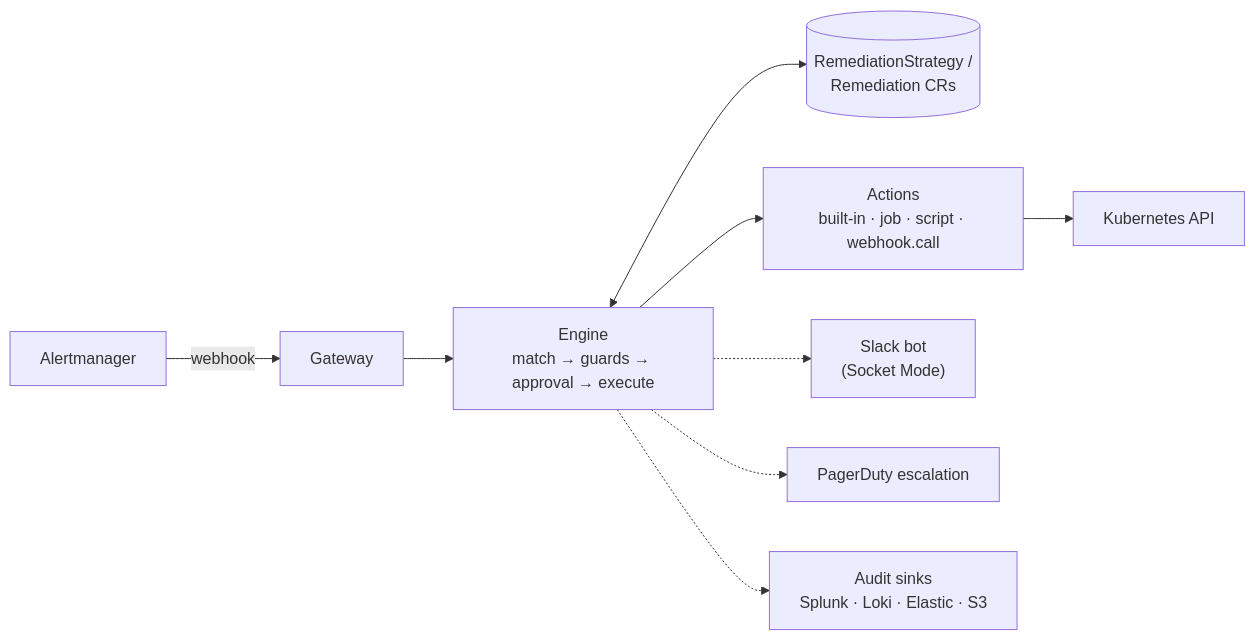
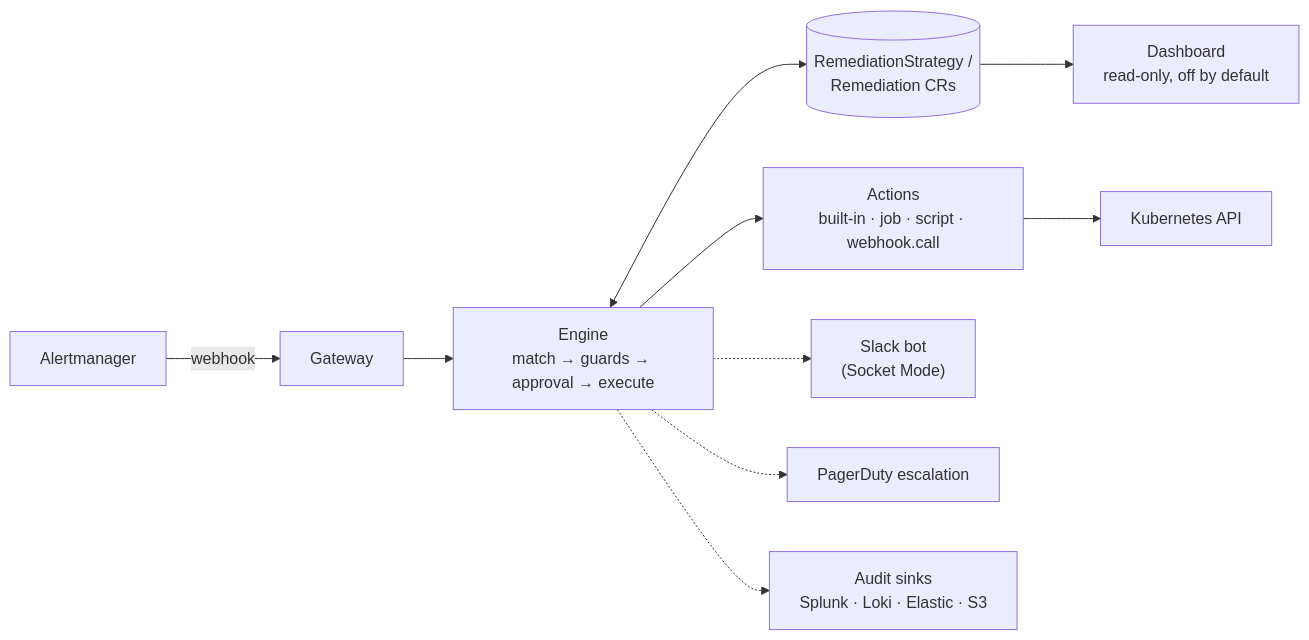
One commit to remedik/remedik changed the diagram in docs/architecture.md. Above: the diagram before and after it, drawn with Mermaid. The commit also changed other lines of this file and 8 other files, not shown here.

````diff
--- a/docs/architecture.md
+++ b/docs/architecture.md
@@ -10,11 +10,12 @@
 ```mermaid
 flowchart LR
   AM[Alertmanager] -->|webhook| GW[Gateway]
   GW --> ENG["Engine<br/>match → guards → approval → execute"]
   ENG <--> CRD[("RemediationStrategy /<br/>Remediation CRs")]
   ENG --> ACT["Actions<br/>built-in · job · script · webhook.call"]
   ACT --> K8S[Kubernetes API]
+  CRD --> UI["Dashboard<br/>read-only, off by default"]
   ENG -.-> SLACK["Slack bot<br/>(Socket Mode)"]
   ENG -.-> PD[PagerDuty escalation]
   ENG -.-> SINKS["Audit sinks<br/>Splunk · Loki · Elastic · S3"]
 ```
````
